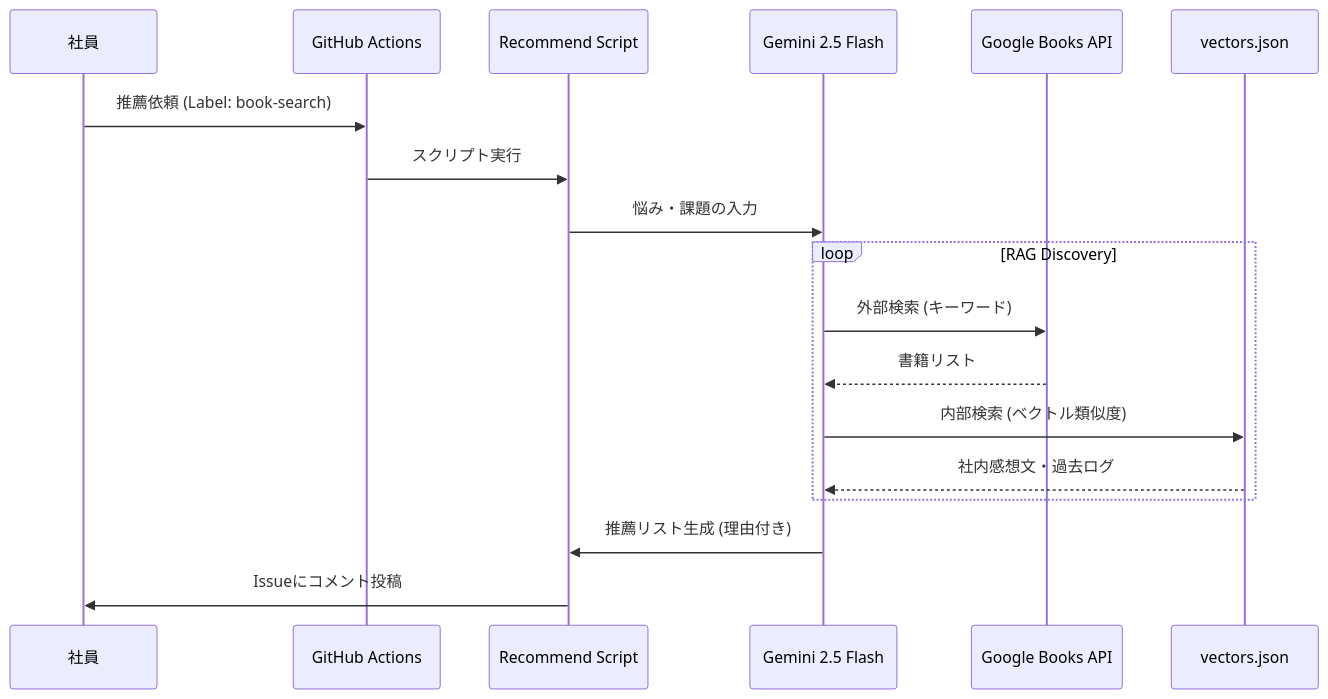
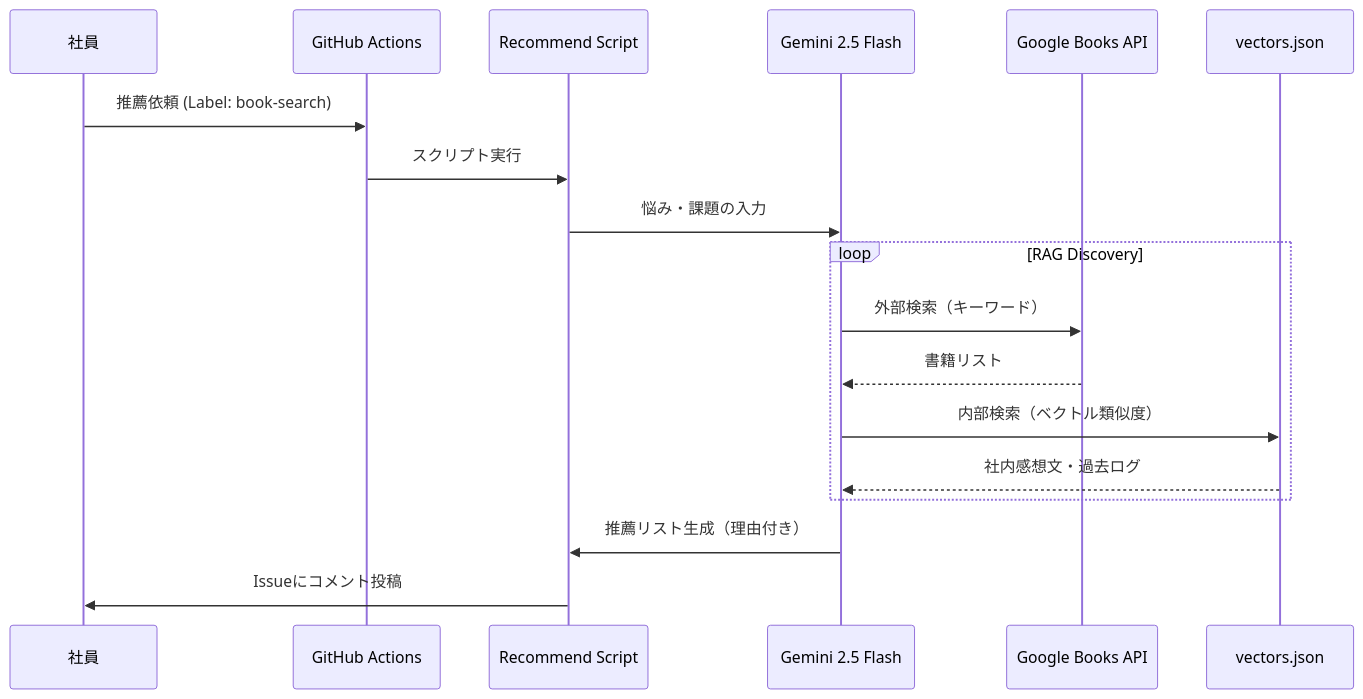
One commit to Saitekiinc-com/saiteki-doc changed the second of 2 diagrams in docs/practices/lv3/reading_cycle.md. Above: the diagram before and after it, drawn with Mermaid. The commit also changed other lines of this file and 7 other files, not shown here.

````diff
--- a/docs/practices/lv3/reading_cycle.md
+++ b/docs/practices/lv3/reading_cycle.md
@@ -67,21 +46,21 @@
 ```mermaid
 sequenceDiagram
     participant User as 社員
     participant Action as GitHub Actions
     participant Script as Recommend Script
     participant AI as Gemini 2.5 Flash
     participant GBooks as Google Books API
     participant JSON as vectors.json
 
     User->>Action: 推薦依頼 (Label: book-search)
     Action->>Script: スクリプト実行
     Script->>AI: 悩み・課題の入力
     loop RAG Discovery
-        AI->>GBooks: 外部検索 (キーワード)
+        AI->>GBooks: 外部検索（キーワード）
         GBooks-->>AI: 書籍リスト
-        AI->>JSON: 内部検索 (ベクトル類似度)
+        AI->>JSON: 内部検索（ベクトル類似度）
         JSON-->>AI: 社内感想文・過去ログ
     end
-    AI->>Script: 推薦リスト生成 (理由付き)
+    AI->>Script: 推薦リスト生成（理由付き）
     Script->>User: Issueにコメント投稿
 ```
````
